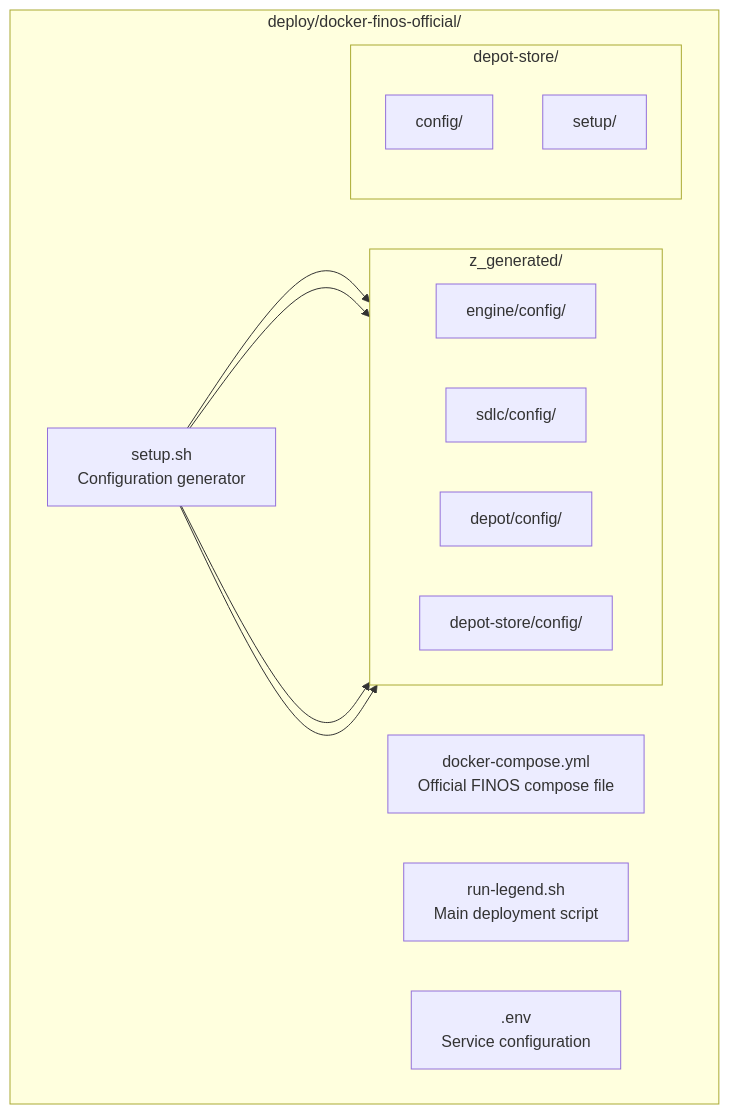
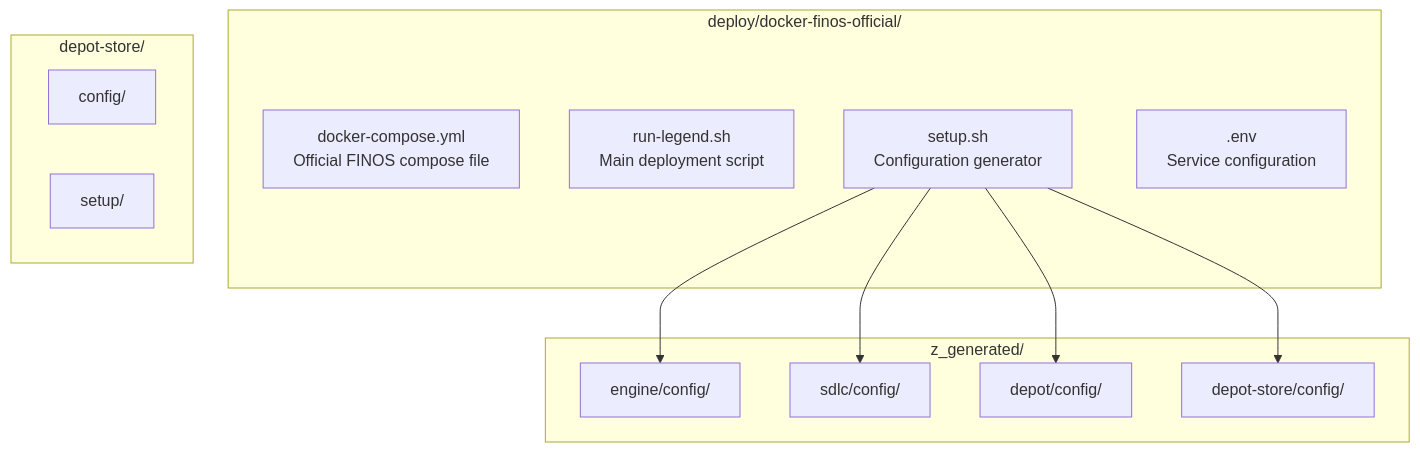
One commit to atheryon-ai/legend-guardian-workspace changed the third of 3 diagrams in docs/architecture.md. Above: the diagram before and after it, drawn with Mermaid. The commit also changed 4 other files, not shown here.

First line of the commit message:
fix: Fix Mermaid diagram syntax errors and add validation tools

````diff
--- a/docs/architecture.md
+++ b/docs/architecture.md
@@ -82,27 +82,26 @@
 ```mermaid
-graph TD
-    subgraph "deploy/docker-finos-official/"
+graph TB
+    subgraph deploy["deploy/docker-finos-official/"]
         DC["docker-compose.yml<br/>Official FINOS compose file"]
         RUN["run-legend.sh<br/>Main deployment script"]
         SETUP["setup.sh<br/>Configuration generator"]
         ENV[".env<br/>Service configuration"]
-        
-        subgraph "z_generated/"
-            direction LR
-            ENG["engine/config/"]
-            SDLC["sdlc/config/"]
-            DEP["depot/config/"]
-            DS["depot-store/config/"]
-        end
-        
-        subgraph "depot-store/"
-            DSC["config/"]
-            DSS["setup/"]
-        end
+    end
+    
+    subgraph generated["z_generated/"]
+        ENG["engine/config/"]
+        SDLC["sdlc/config/"]
+        DEP["depot/config/"]
+        DS["depot-store/config/"]
+    end
+    
+    subgraph depotstore["depot-store/"]
+        DSC["config/"]
+        DSS["setup/"]
     end
     
     SETUP --> ENG
     SETUP --> SDLC
     SETUP --> DEP
     SETUP --> DS
 ```
````
